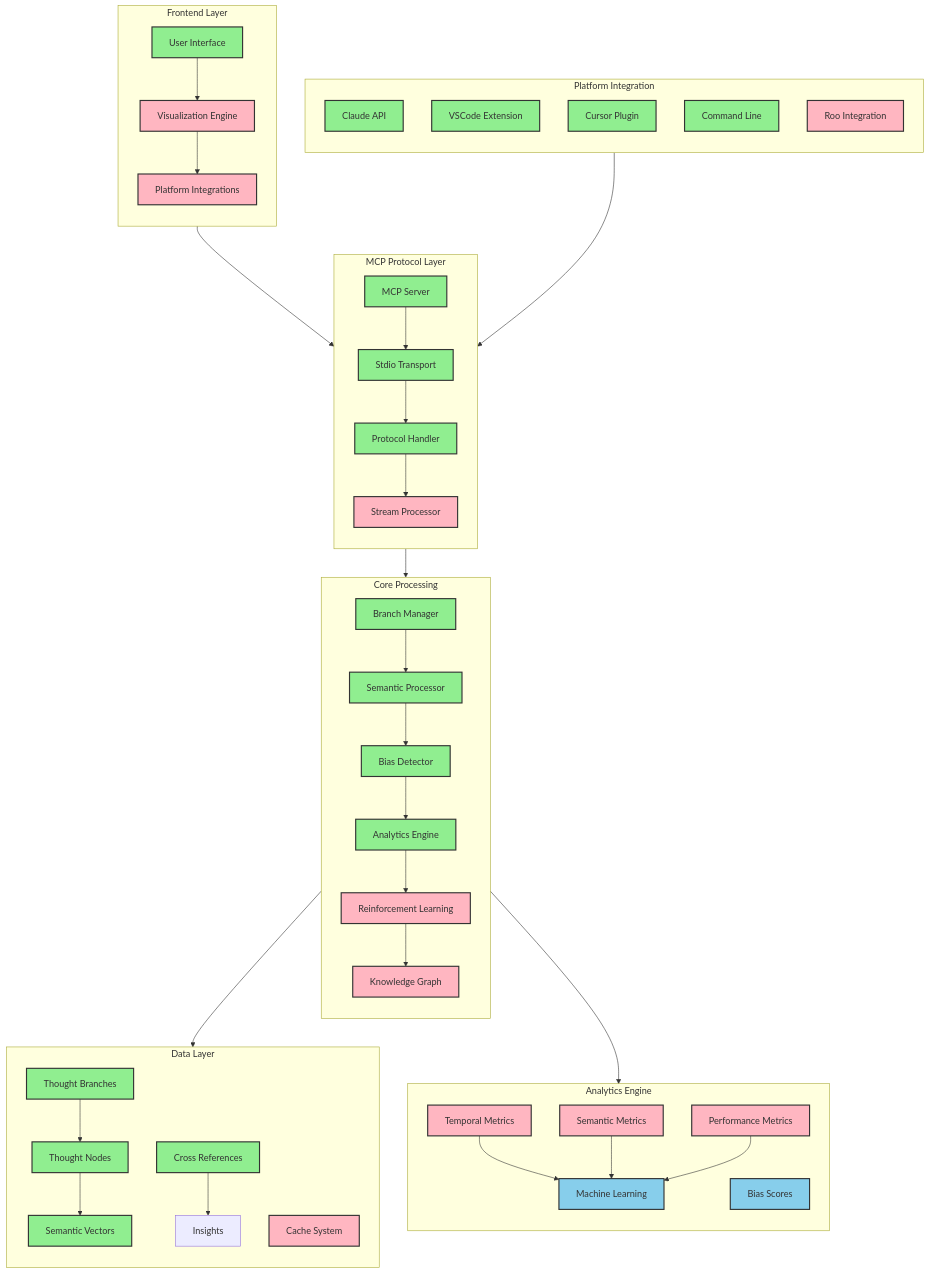
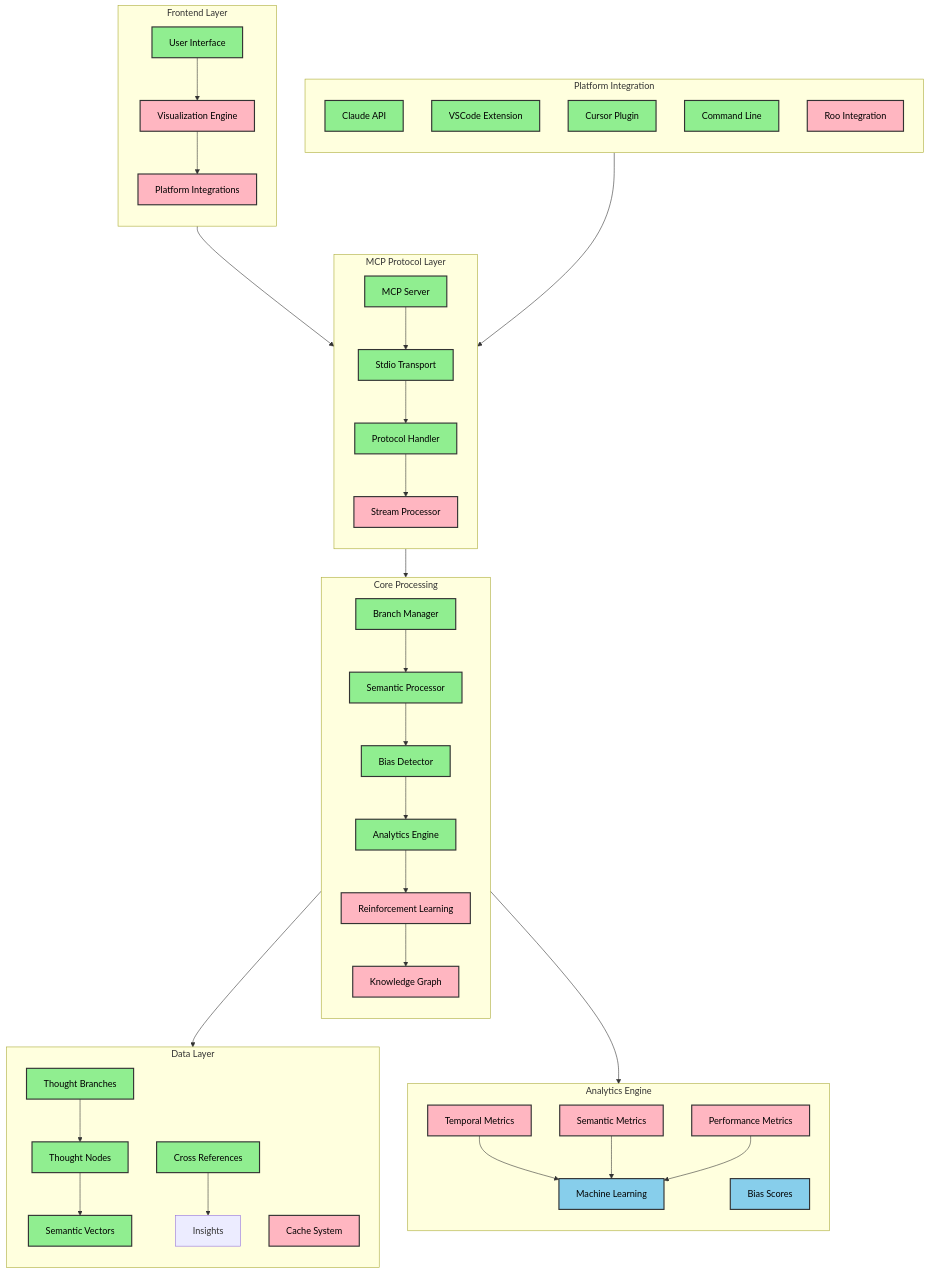
The third of 3 diagrams in README.md (ssdeanx/branch-thinking), drawn with Mermaid before and after one commit.

Commit message:
Enhance README.md styling for implementation status
- Updated the class definitions for implementation status in the README.md to include a color attribute for better visibility.
- Ensured consistent styling across the implemented, inProgress, and planned statuses.

This change improves the readability of the project status in the documentation, aiding in clearer communication of development progress.

```diff
--- a/README.md
+++ b/README.md
@@ -537,9 +537,9 @@
     PM --> ML
 
     %% Status Styling
-    classDef implemented fill:#90EE90,stroke:#333,stroke-width:2px;
-    classDef inProgress fill:#FFB6C1,stroke:#333,stroke-width:2px;
-    classDef planned fill:#87CEEB,stroke:#333,stroke-width:2px;
+    classDef implemented fill:#90EE90,stroke:#333,stroke-width:2px,color:#000;
+    classDef inProgress fill:#FFB6C1,stroke:#333,stroke-width:2px,color:#000;
+    classDef planned fill:#87CEEB,stroke:#333,stroke-width:2px,color:#000;
 
     %% Implementation Status
     class UI,Server,Transport,Protocol,BM,SP,BD,AE,TB,TN,SV,CR,Claude,VSCode,Cursor,CLI implemented;
```
